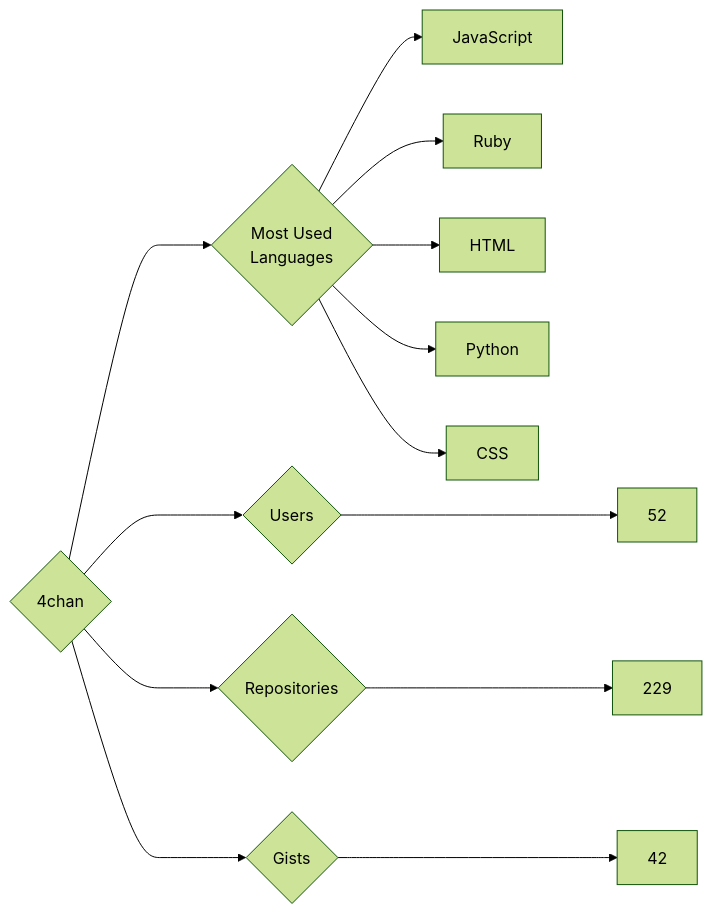
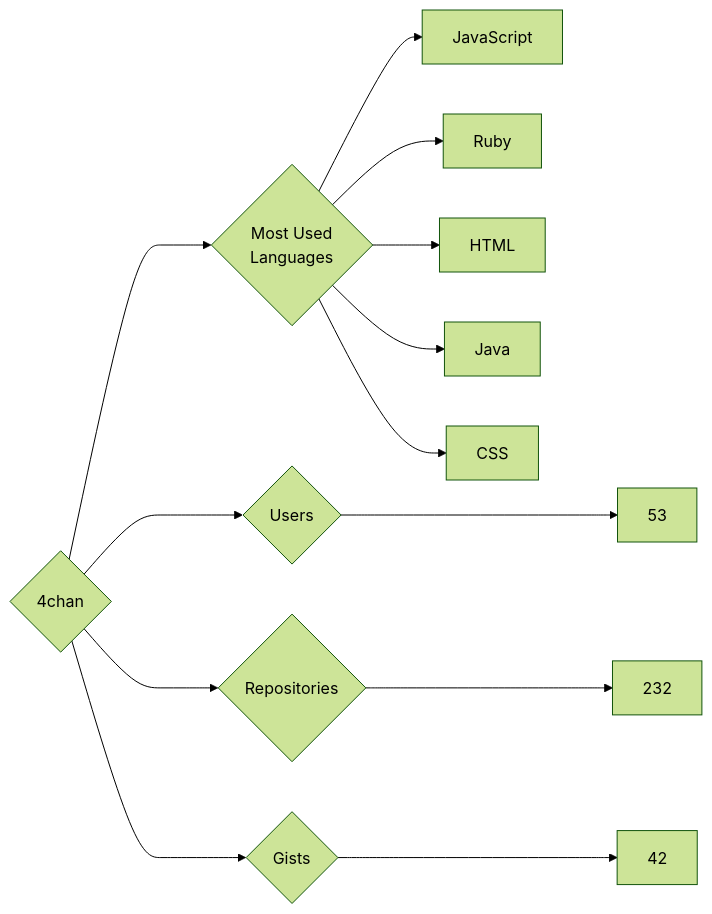
One commit to trickest/insiders changed the diagram in targets/4chan/README.md. Above: the diagram before and after it, drawn with Mermaid (forest theme). The commit also changed 1141 other files, not shown here.

````diff
--- a/targets/4chan/README.md
+++ b/targets/4chan/README.md
@@ -3,13 +3,13 @@
 ```mermaid
 graph LR
 COMPANY_NAME{4chan}
-COMPANY_NAME ---> U{Users} ---> UN[52]
-COMPANY_NAME ---> R{Repositories} ---> RN[229]
+COMPANY_NAME ---> U{Users} ---> UN[53]
+COMPANY_NAME ---> R{Repositories} ---> RN[232]
 COMPANY_NAME ---> G{Gists} ---> GN[42]
 COMPANY_NAME ---> ML{Most Used<br>Languages}
 ML --> JavaScript[JavaScript]
 ML --> Ruby[Ruby]
 ML --> HTML[HTML]
-ML --> Python[Python]
+ML --> Java[Java]
 ML --> CSS[CSS]
 ```
````
